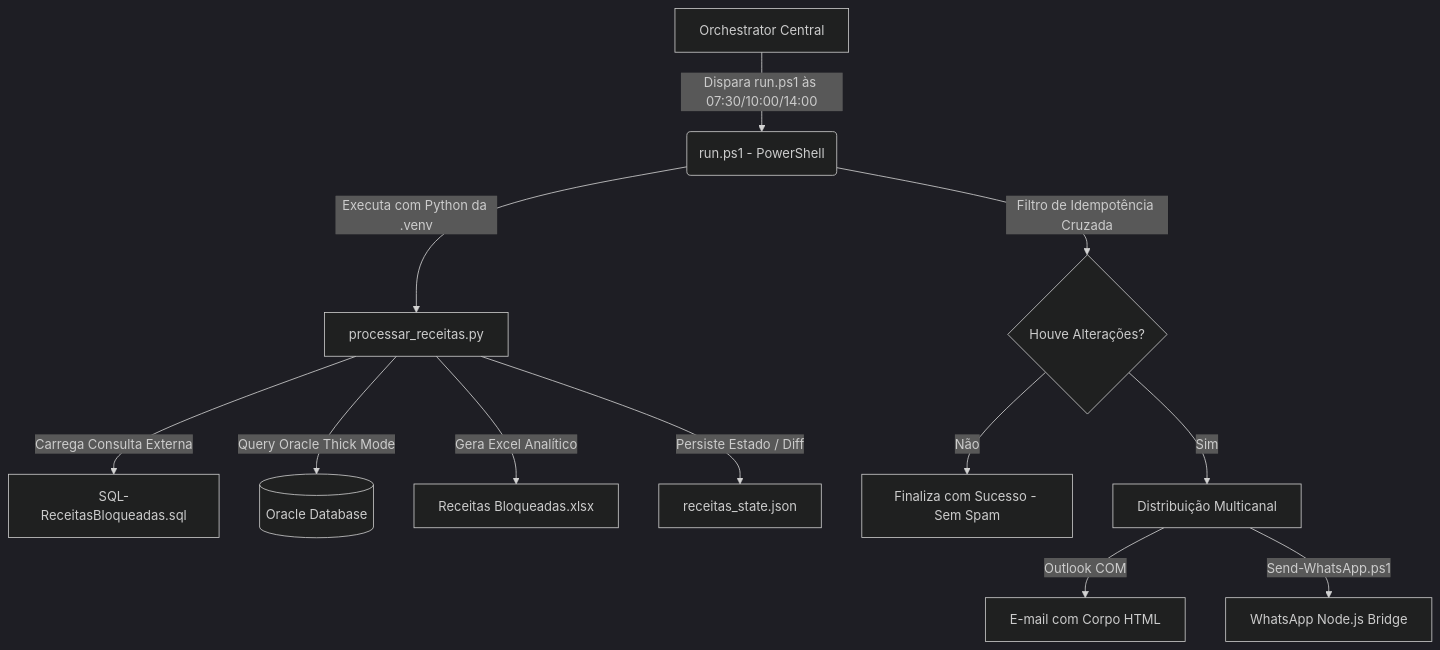
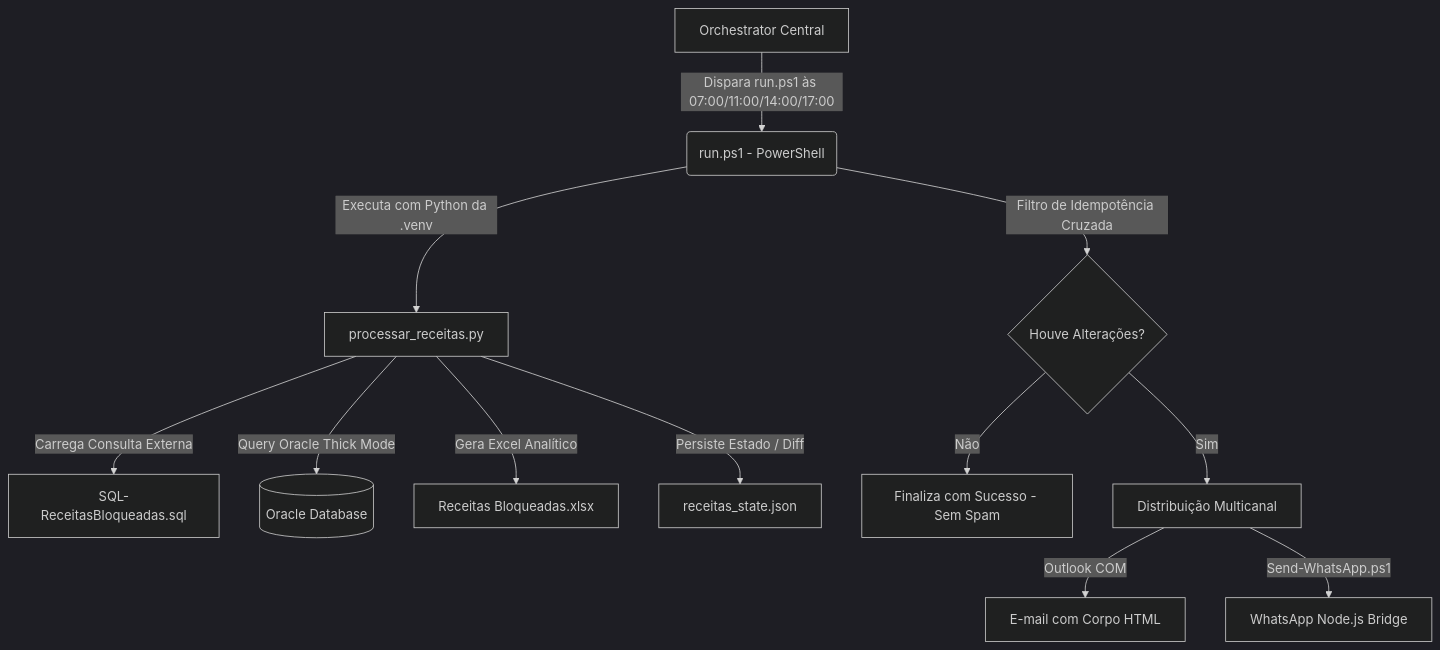
The diagram in docs/runbooks/receitas-bloqueadas-runbook.md (GabrielDiasNN/Automacoes-CR), drawn with Mermaid (dark theme) before and after one commit. The commit also changed other lines of this file and 20 other files, not shown here.

````diff
--- a/docs/runbooks/receitas-bloqueadas-runbook.md
+++ b/docs/runbooks/receitas-bloqueadas-runbook.md
@@ -44,14 +44,14 @@
 ```mermaid
 graph TD
-    A[Orchestrator Central] -->|Dispara run.ps1 às 07:30/10:00/14:00| B(run.ps1 - PowerShell)
+    A[Orchestrator Central] -->|Dispara run.ps1 às 07:00/11:00/14:00/17:00| B(run.ps1 - PowerShell)
     B -->|Executa com Python da .venv| C[processar_receitas.py]
     C -->|Carrega Consulta Externa| D[SQL-ReceitasBloqueadas.sql]
     C -->|Query Oracle Thick Mode| E[(Oracle Database)]
     C -->|Gera Excel Analítico| F[Receitas Bloqueadas.xlsx]
     C -->|Persiste Estado / Diff| G[receitas_state.json]
     B -->|Filtro de Idempotência Cruzada| H{Houve Alterações?}
     H -->|Não| I[Finaliza com Sucesso - Sem Spam]
     H -->|Sim| J[Distribuição Multicanal]
     J -->|Outlook COM| K[E-mail com Corpo HTML]
     J -->|Send-WhatsApp.ps1| L[WhatsApp Node.js Bridge]
 ```
````
